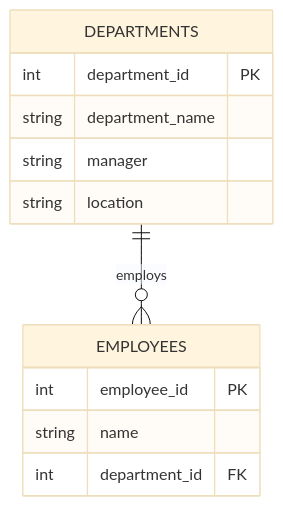
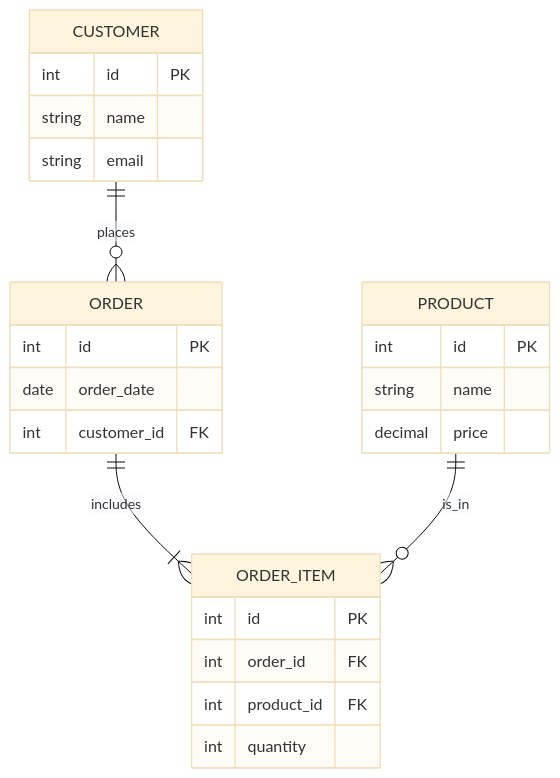
The fifth of 7 diagrams in db_postgresql_data_modeling.md (dcop7/tips_and_guides), drawn with Mermaid (base theme) before and after one commit. The commit also changed other lines of this file, not shown here.

````diff
--- a/db_postgresql_data_modeling.md
+++ b/db_postgresql_data_modeling.md
@@ -555,15 +1039,28 @@
 ```mermaid
 erDiagram
-    DEPARTMENTS ||--o{ EMPLOYEES : employs
-    DEPARTMENTS {
-      int department_id PK
-      string department_name
-      string manager
-      string location
+    CUSTOMER {
+        int id PK
+        string name
+        string email
     }
-    EMPLOYEES {
-      int employee_id PK
-      string name
-      int department_id FK
+    PRODUCT {
+        int id PK
+        string name
+        decimal price
     }
+    ORDER {
+        int id PK
+        date order_date
+        int customer_id FK
+    }
+    ORDER_ITEM {
+        int id PK
+        int order_id FK
+        int product_id FK
+        int quantity
+    }
+    
+    CUSTOMER ||--o{ ORDER : places
+    ORDER ||--|{ ORDER_ITEM : includes
+    PRODUCT ||--o{ ORDER_ITEM : is_in
 ```
````
